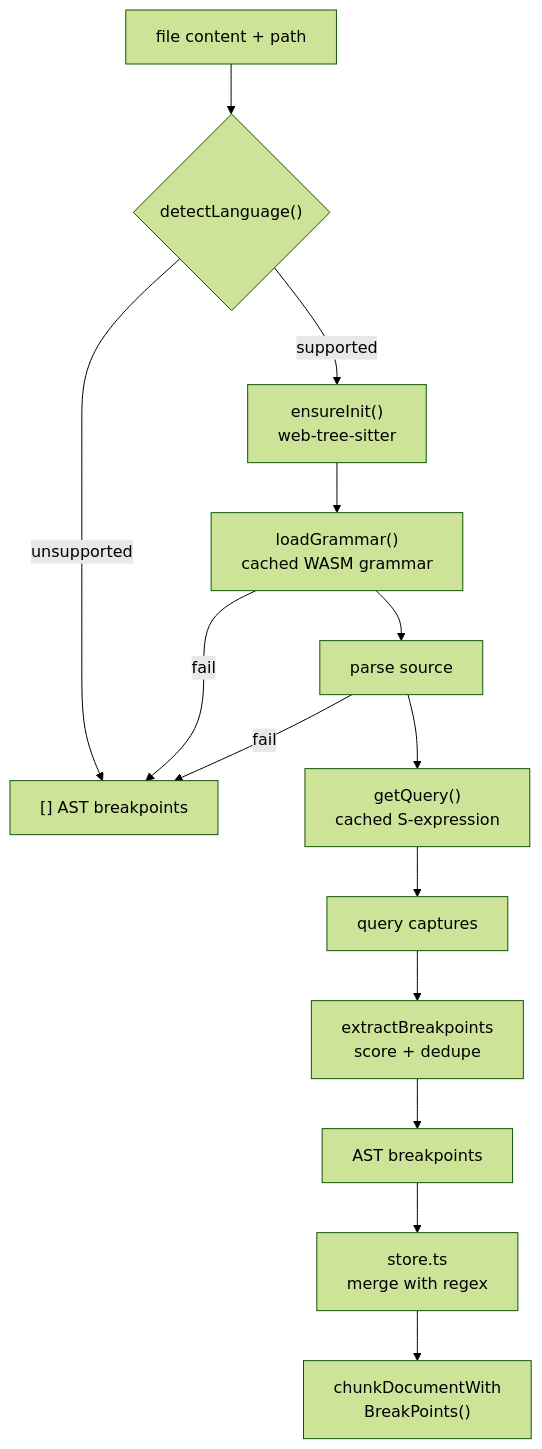
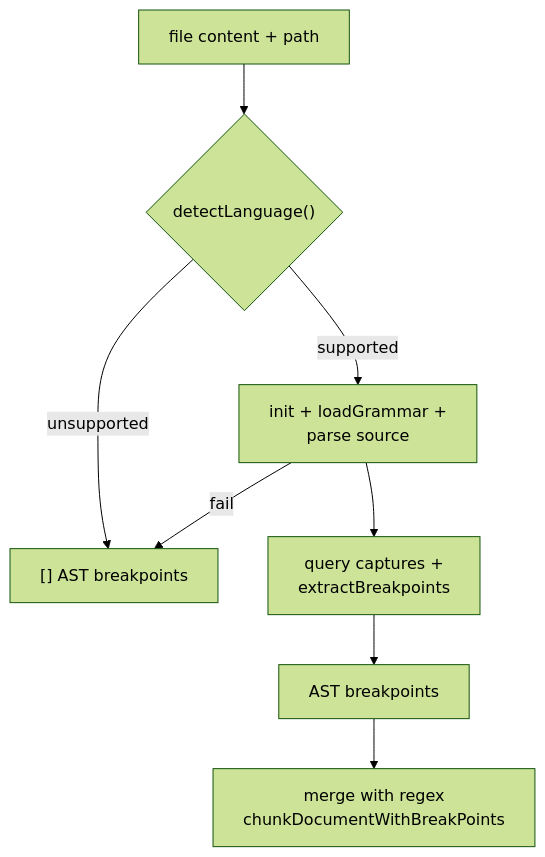
The fourth of 5 diagrams in docs/experiments/001-understanding-codebase/workers/llm-ast-explorer/output/diagrams.md (sagarsrc/qmd-fork), drawn with Mermaid (forest theme) before and after one commit. The commit also changed other lines of this file and 4 other files, not shown here.

First line of the commit message:
docs: compact all mermaid diagrams vertically

````diff
--- a/docs/experiments/001-understanding-codebase/workers/llm-ast-explorer/output/diagrams.md
+++ b/docs/experiments/001-understanding-codebase/workers/llm-ast-explorer/output/diagrams.md
@@ -47,16 +44,10 @@
 ```mermaid
 flowchart TD
     A["file content + path"] --> B{"detectLanguage()"}
-    B -->|"unsupported"| C["[] AST breakpoints"]
-    B -->|"supported"| D["ensureInit()<br/>web-tree-sitter"]
-    D --> E["loadGrammar()<br/>cached WASM grammar"]
-    E -->|"fail"| C
-    E --> F["parse source"]
-    F -->|"fail"| C
-    F --> G["getQuery()<br/>cached S-expression"]
-    G --> H["query captures"]
-    H --> I["extractBreakpoints<br/>score + dedupe"]
-    I --> J["AST breakpoints"]
-    J --> K["store.ts<br/>merge with regex"]
-    K --> L["chunkDocumentWith<br/>BreakPoints()"]
+    B -->|unsupported| C["[] AST breakpoints"]
+    B -->|supported| D["init + loadGrammar +<br/>parse source"]
+    D -->|fail| C
+    D --> E["query captures +<br/>extractBreakpoints"]
+    E --> F["AST breakpoints"]
+    F --> G["merge with regex<br/>chunkDocumentWithBreakPoints"]
 ```
````
